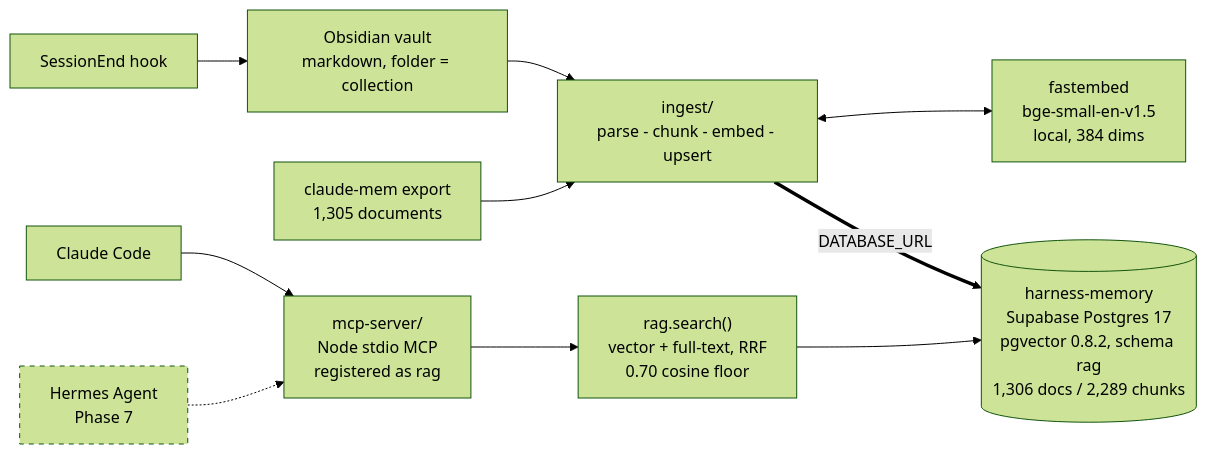
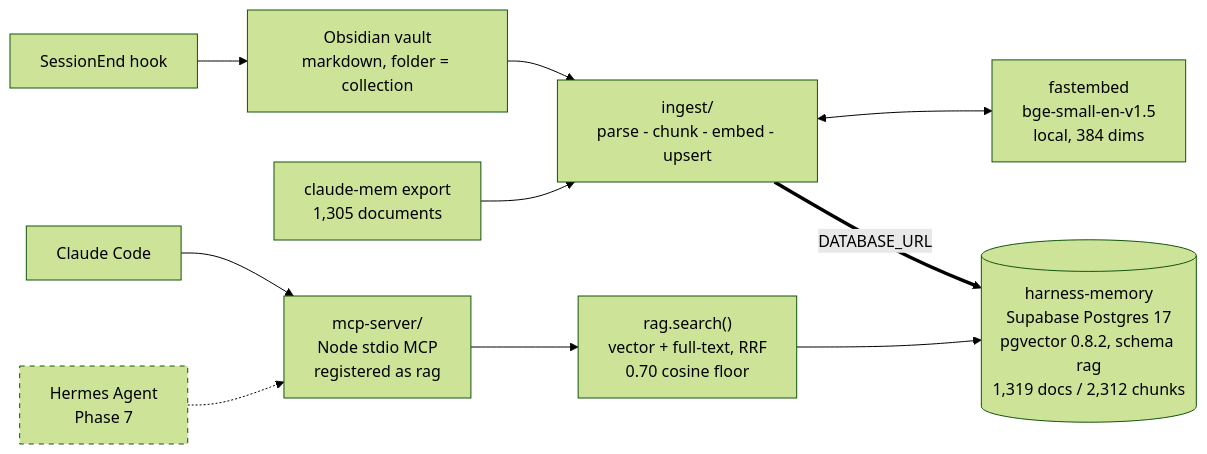
One commit to emstacho-su/agentic-harness changed the diagram in README.md. Above: the diagram before and after it, drawn with Mermaid (forest theme). The commit also changed other lines of this file and 6 other files, not shown here.

````diff
--- a/README.md
+++ b/README.md
@@ -27,19 +27,19 @@
 ```mermaid
 flowchart LR
     hook["SessionEnd hook"] --> vault
     vault["Obsidian vault<br/>markdown, folder = collection"] --> ing
     cmem["claude-mem export<br/>1,305 documents"] --> ing
 
     ing["ingest/<br/>parse - chunk - embed - upsert"]
     ing <--> emb["fastembed<br/>bge-small-en-v1.5<br/>local, 384 dims"]
 
     cc["Claude Code"] --> mcp["mcp-server/<br/>Node stdio MCP<br/>registered as rag"]
     hermes["Hermes Agent<br/>Phase 7"] -.-> mcp
     mcp --> search["rag.search()<br/>vector + full-text, RRF<br/>0.70 cosine floor"]
 
     ing ==>|"DATABASE_URL"| db
-    search --> db[("harness-memory<br/>Supabase Postgres 17<br/>pgvector 0.8.2, schema rag<br/>1,306 docs / 2,289 chunks")]
+    search --> db[("harness-memory<br/>Supabase Postgres 17<br/>pgvector 0.8.2, schema rag<br/>1,319 docs / 2,312 chunks")]
 
     classDef unbuilt stroke-dasharray: 5 5
     class hermes unbuilt
 ```
````
